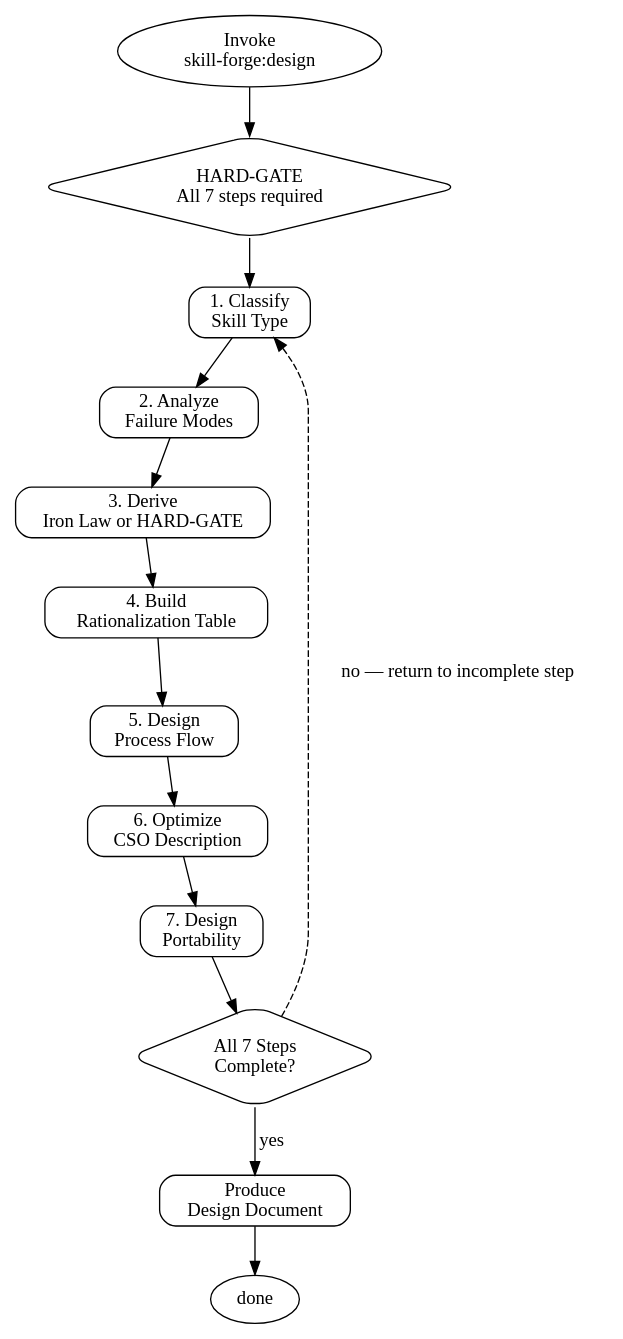
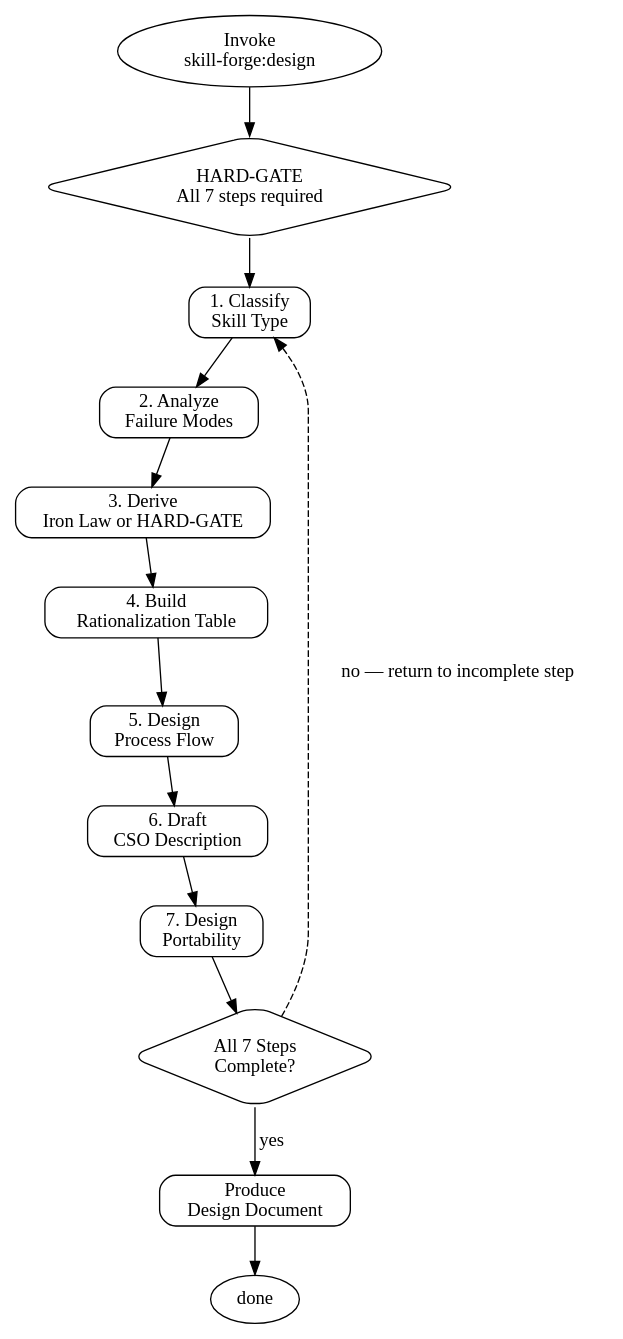
Before and after one commit to sangyeon-bagelcode/skill-forge: the diagram in plugins/skill-forge/skills/design/SKILL.md, drawn with Graphviz. The commit also changed other lines of this file and 20 other files, not shown here.

````diff
--- a/plugins/skill-forge/skills/design/SKILL.md
+++ b/plugins/skill-forge/skills/design/SKILL.md
@@ -89,32 +89,32 @@
 ```graphviz
 digraph design_skill {
   rankdir=TB;
   node [shape=box style=rounded];
 
   START     [label="Invoke\nskill-forge:design" shape=oval];
   GATE      [label="HARD-GATE\nAll 7 steps required" shape=diamond];
   CLASSIFY  [label="1. Classify\nSkill Type"];
   FAILURES  [label="2. Analyze\nFailure Modes"];
   ENFORCE   [label="3. Derive\nIron Law or HARD-GATE"];
   RATABLE   [label="4. Build\nRationalization Table"];
   FLOW      [label="5. Design\nProcess Flow"];
-  CSO       [label="6. Optimize\nCSO Description"];
+  CSO       [label="6. Draft\nCSO Description"];
   PORT      [label="7. Design\nPortability"];
   COMPLETE  [label="All 7 Steps\nComplete?" shape=diamond];
   OUTPUT    [label="Produce\nDesign Document"];
   END       [label="done" shape=oval];
 
   START    -> GATE;
   GATE     -> CLASSIFY;
   CLASSIFY -> FAILURES;
   FAILURES -> ENFORCE;
   ENFORCE  -> RATABLE;
   RATABLE  -> FLOW;
   FLOW     -> CSO;
   CSO      -> PORT;
   PORT     -> COMPLETE;
   COMPLETE -> OUTPUT   [label="yes"];
   COMPLETE -> CLASSIFY [label="no — return to incomplete step" style=dashed];
   OUTPUT   -> END;
 }
 ```
````
